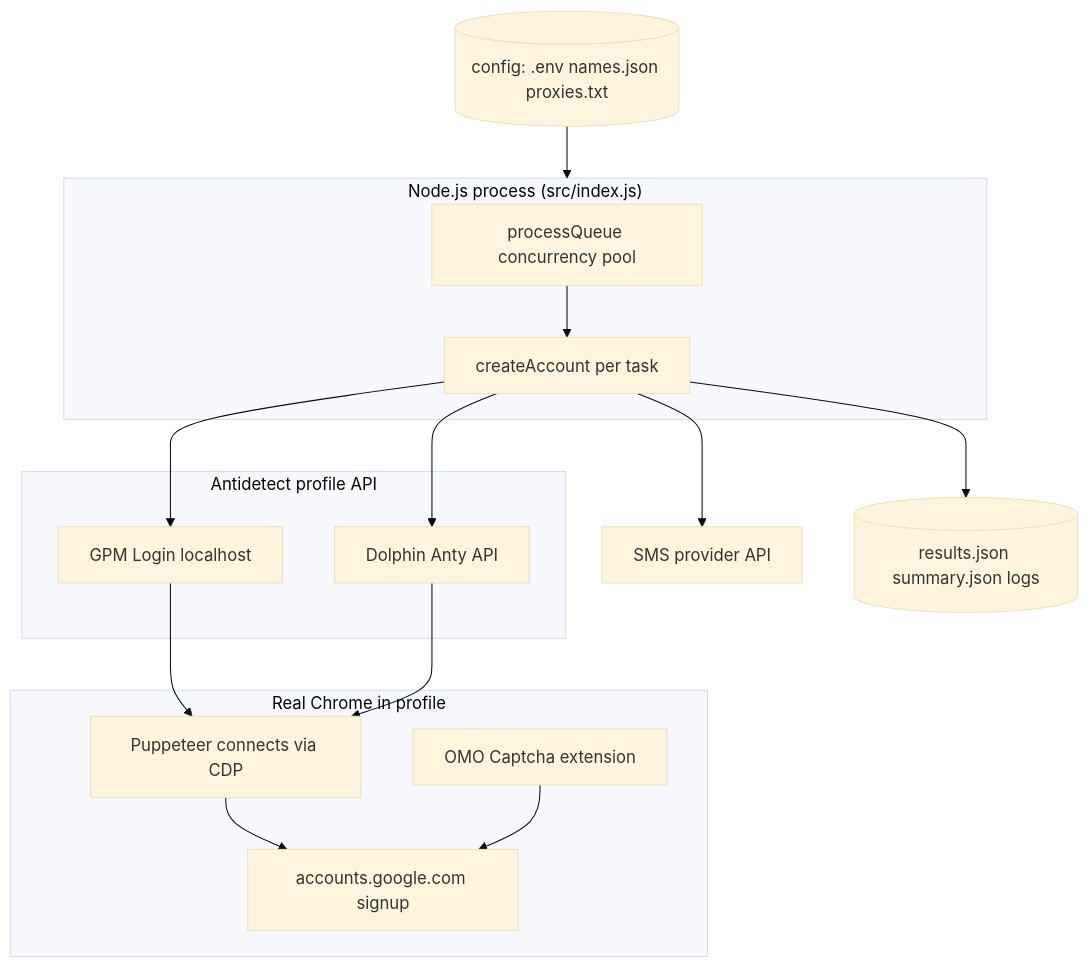
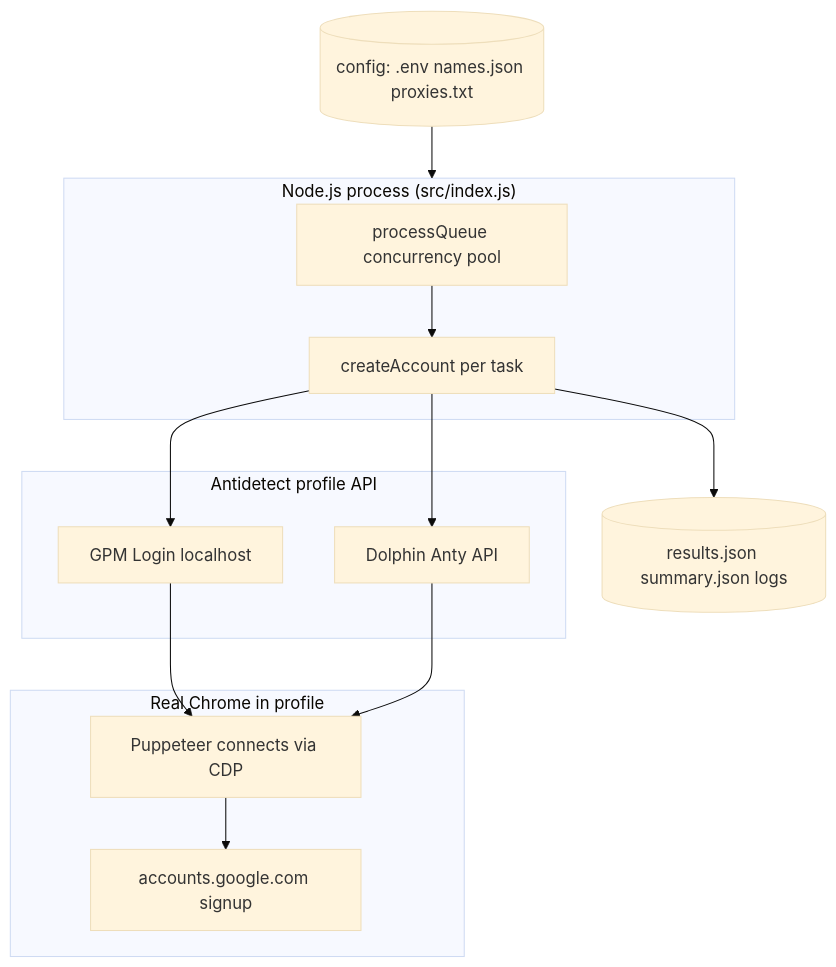
One commit to lihah111222333-cloud/camoufox-profile-suite changed the first of 3 diagrams in README.md. Above: the diagram before and after it, drawn with Mermaid (base theme). The commit also changed other lines of this file and 87 other files, not shown here.

````diff
--- a/README.md
+++ b/README.md
@@ -131,30 +130,26 @@
 ```mermaid
 flowchart TB
   subgraph Runtime["Node.js process (src/index.js)"]
     Q[processQueue concurrency pool]
     CA[createAccount per task]
   end
   subgraph Profiles["Antidetect profile API"]
     GPM[GPM Login localhost]
     DOL[Dolphin Anty API]
   end
   subgraph Browser["Real Chrome in profile"]
     PU[Puppeteer connects via CDP]
-    EXT[OMO Captcha extension]
     WEB[accounts.google.com signup]
   end
-  SMS[SMS provider API]
   CFG[(config: .env names.json proxies.txt)]
   OUT[(results.json summary.json logs)]
 
   CFG --> Runtime
   Q --> CA
   CA --> GPM
   CA --> DOL
   GPM --> PU
   DOL --> PU
   PU --> WEB
-  EXT --> WEB
-  CA --> SMS
   CA --> OUT
 ```
````
